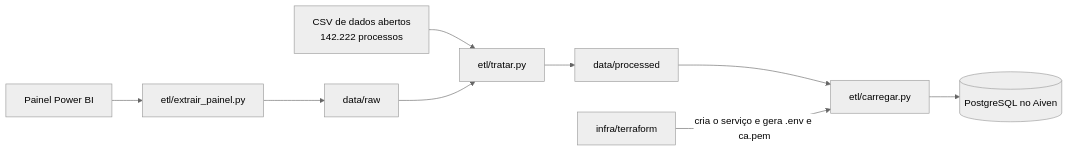
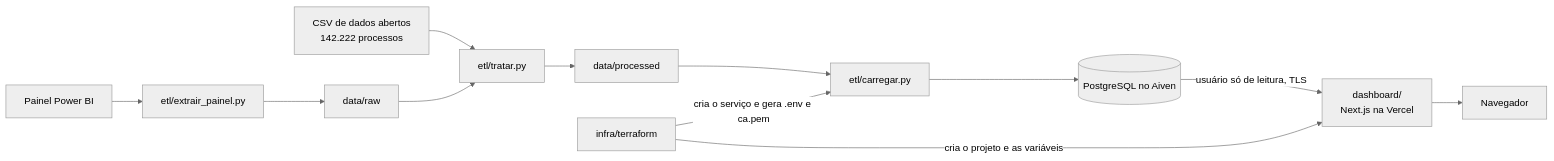
Before and after one commit to Caspiom/Trabalho-big-data: the first of 2 diagrams in README.md, drawn with Mermaid (neutral theme). The commit also changed other lines of this file and 1 other file, not shown here.

````diff
--- a/README.md
+++ b/README.md
@@ -13,9 +15,12 @@
 ```mermaid
 flowchart LR
     A[CSV de dados abertos<br/>142.222 processos] --> T[etl/tratar.py]
     B[Painel Power BI] --> E[etl/extrair_painel.py] --> R[data/raw] --> T
     T --> P[data/processed]
     P --> C[etl/carregar.py]
     I[infra/terraform] -->|cria o serviço e gera .env e ca.pem| C
     C --> D[(PostgreSQL no Aiven)]
+    I -->|cria o projeto e as variáveis| V[dashboard/<br/>Next.js na Vercel]
+    D -->|usuário só de leitura, TLS| V
+    V --> N[Navegador]
 ```
````
